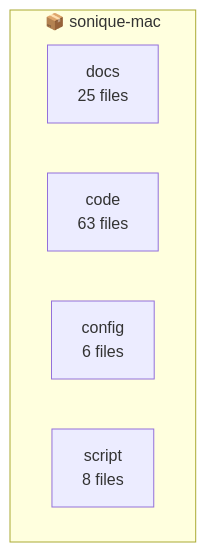
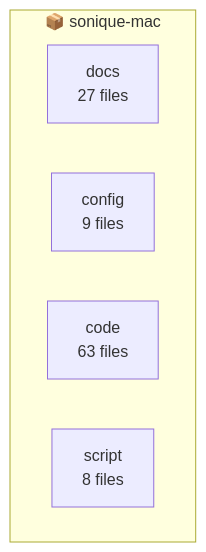
The first of 2 diagrams in .architecture/ARCHITECTURE.md (charlieseay/sonique-mac), drawn with Mermaid before and after one commit. The commit also changed other lines of this file and 9 other files, not shown here.

````diff
--- a/.architecture/ARCHITECTURE.md
+++ b/.architecture/ARCHITECTURE.md
@@ -12,9 +12,9 @@
 ```mermaid
 graph TB
     subgraph "📦 sonique-mac"
-        docs[docs<br/>25 files]
+        docs[docs<br/>27 files]
+        config[config<br/>9 files]
         code[code<br/>63 files]
-        config[config<br/>6 files]
         script[script<br/>8 files]
     end
 ```
````
